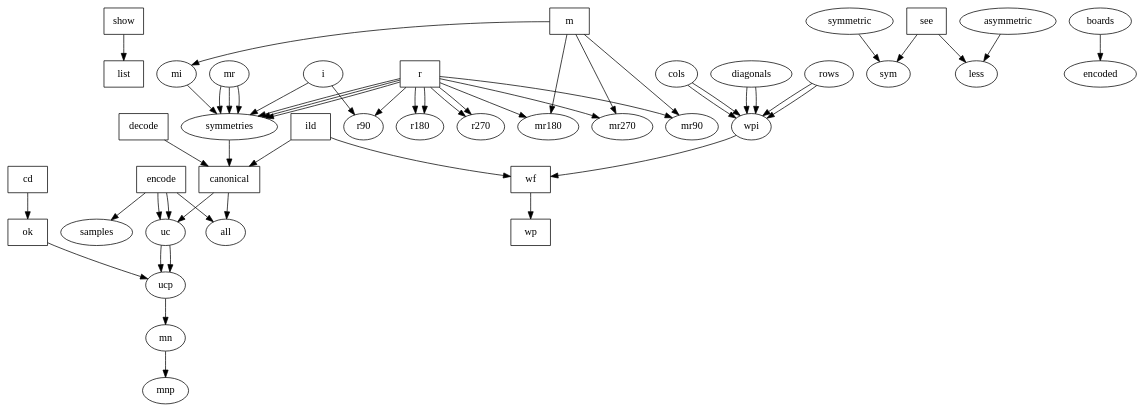
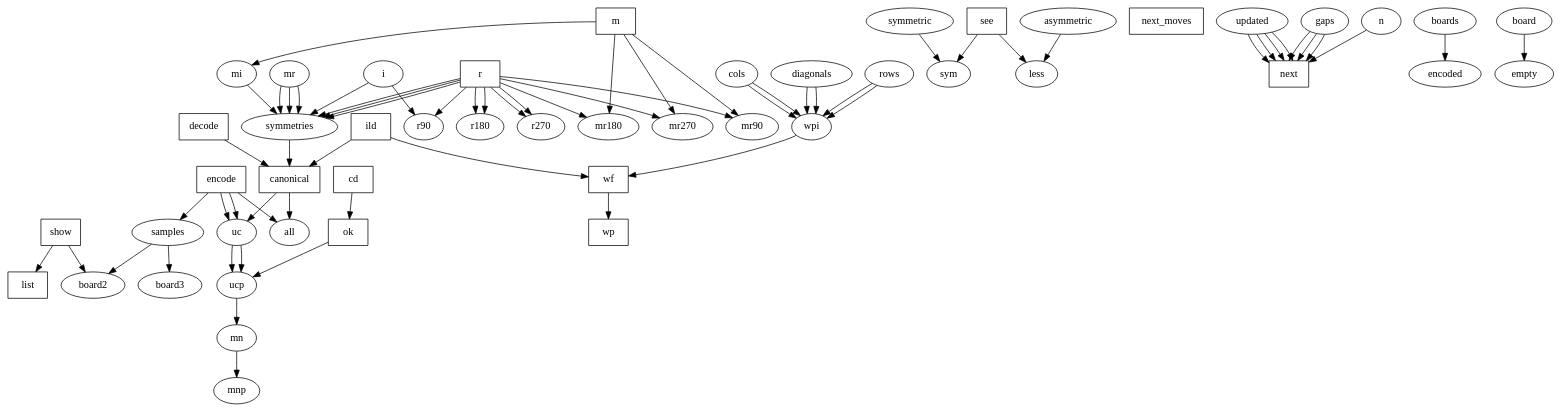
The diagram in data/calls.dot (romilly/o-x-o), drawn with Graphviz before and after one commit. The commit also changed 6 other files, not shown here.

```diff
--- a/data/calls.dot
+++ b/data/calls.dot
@@ -1,66 +1,80 @@
 digraph defs {
 show [shape=box]
 encode [shape=box]
 decode [shape=box]
 list [shape=box]
 m [shape=box]
 r [shape=box]
 see [shape=box]
 canonical [shape=box]
 ild [shape=box]
 cd [shape=box]
 ok [shape=box]
 wf [shape=box]
 wp [shape=box]
+next_moves [shape=box]
+next [shape=box]
 show -> list;
 decode -> canonical;
 symmetries -> canonical;
 ild -> canonical;
 cd -> ok;
 wpi -> wf;
 ild -> wf;
 wf -> wp;
+updated -> next;
+gaps -> next;
+updated -> next;
+updated -> next;
+gaps -> next;
+n -> next;
+gaps -> next;
+updated -> next;
 boards -> encoded;
 r -> r90;
 i -> r90;
 r -> r180;
 r -> r180;
 r -> r270;
 r -> r270;
 m -> mi;
 m -> mr90;
 r -> mr90;
 m -> mr180;
 r -> mr180;
 m -> mr270;
 r -> mr270;
 i -> symmetries;
 r -> symmetries;
 r -> symmetries;
 r -> symmetries;
 mi -> symmetries;
 mr -> symmetries;
 mr -> symmetries;
 mr -> symmetries;
 see -> sym;
 symmetric -> sym;
 see -> less;
 asymmetric -> less;
 canonical -> all;
 encode -> all;
 encode -> samples;
 encode -> uc;
 canonical -> uc;
 encode -> uc;
 uc -> ucp;
 ok -> ucp;
 uc -> ucp;
 ucp -> mn;
 mn -> mnp;
 rows -> wpi;
 cols -> wpi;
 diagonals -> wpi;
 rows -> wpi;
 cols -> wpi;
 diagonals -> wpi;
+show -> board2;
+samples -> board2;
+board -> empty;
+samples -> board3;
 }
```
